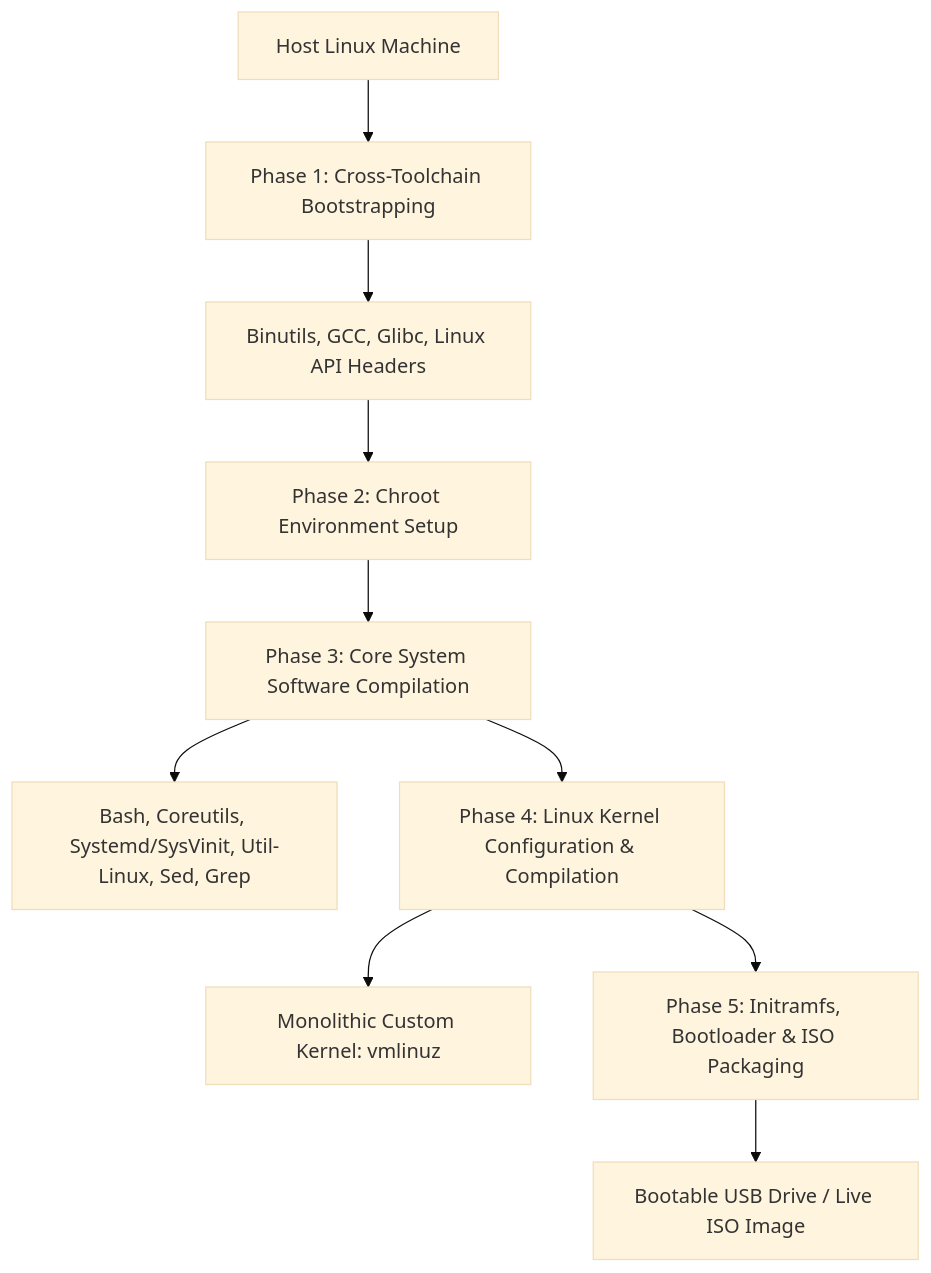
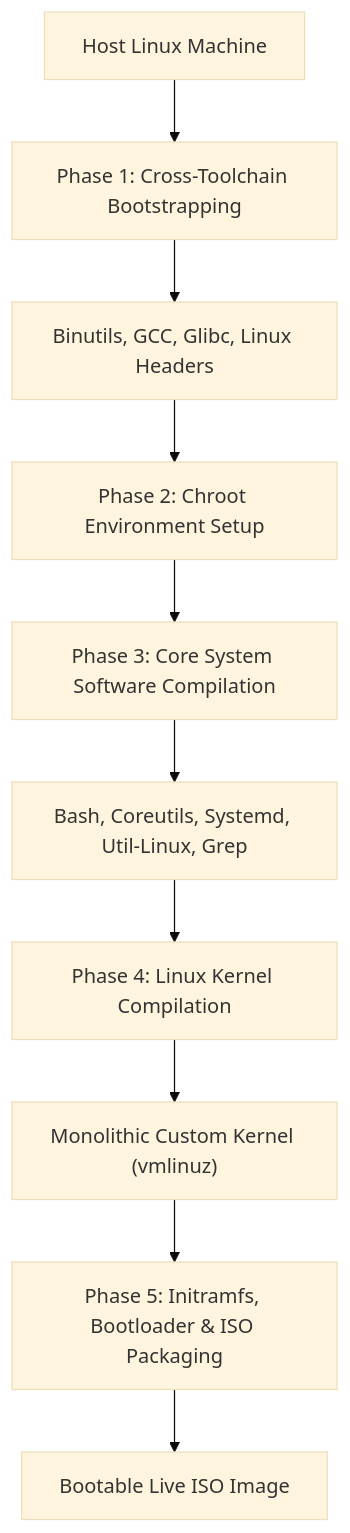
Before and after one commit to nagarajpoojari404/opennotes: the diagram in content/projects/x-linux.md, drawn with Mermaid (base theme). The commit also changed 9 other files, not shown here.

````diff
--- a/content/projects/x-linux.md
+++ b/content/projects/x-linux.md
@@ -18,12 +18,12 @@
 ```mermaid
 flowchart TD
-    Host[Host Linux Machine] --> Phase1[Phase 1: Cross-Toolchain Bootstrapping]
-    Phase1 --> Toolchain[Binutils, GCC, Glibc, Linux API Headers]
-    Toolchain --> Phase2[Phase 2: Chroot Environment Setup]
-    Phase2 --> Phase3[Phase 3: Core System Software Compilation]
-    Phase3 --> CoreLibs[Bash, Coreutils, Systemd/SysVinit, Util-Linux, Sed, Grep]
-    Phase3 --> Phase4[Phase 4: Linux Kernel Configuration & Compilation]
-    Phase4 --> Kernel[Monolithic Custom Kernel: vmlinuz]
-    Phase4 --> Phase5[Phase 5: Initramfs, Bootloader & ISO Packaging]
-    Phase5 --> Bootable[Bootable USB Drive / Live ISO Image]
+    Host["Host Linux Machine"] --> Phase1["Phase 1: Cross-Toolchain Bootstrapping"]
+    Phase1 --> Toolchain["Binutils, GCC, Glibc, Linux Headers"]
+    Toolchain --> Phase2["Phase 2: Chroot Environment Setup"]
+    Phase2 --> Phase3["Phase 3: Core System Software Compilation"]
+    Phase3 --> CoreLibs["Bash, Coreutils, Systemd, Util-Linux, Grep"]
+    CoreLibs --> Phase4["Phase 4: Linux Kernel Compilation"]
+    Phase4 --> Kernel["Monolithic Custom Kernel (vmlinuz)"]
+    Kernel --> Phase5["Phase 5: Initramfs, Bootloader & ISO Packaging"]
+    Phase5 --> Bootable["Bootable Live ISO Image"]
 ```
````
